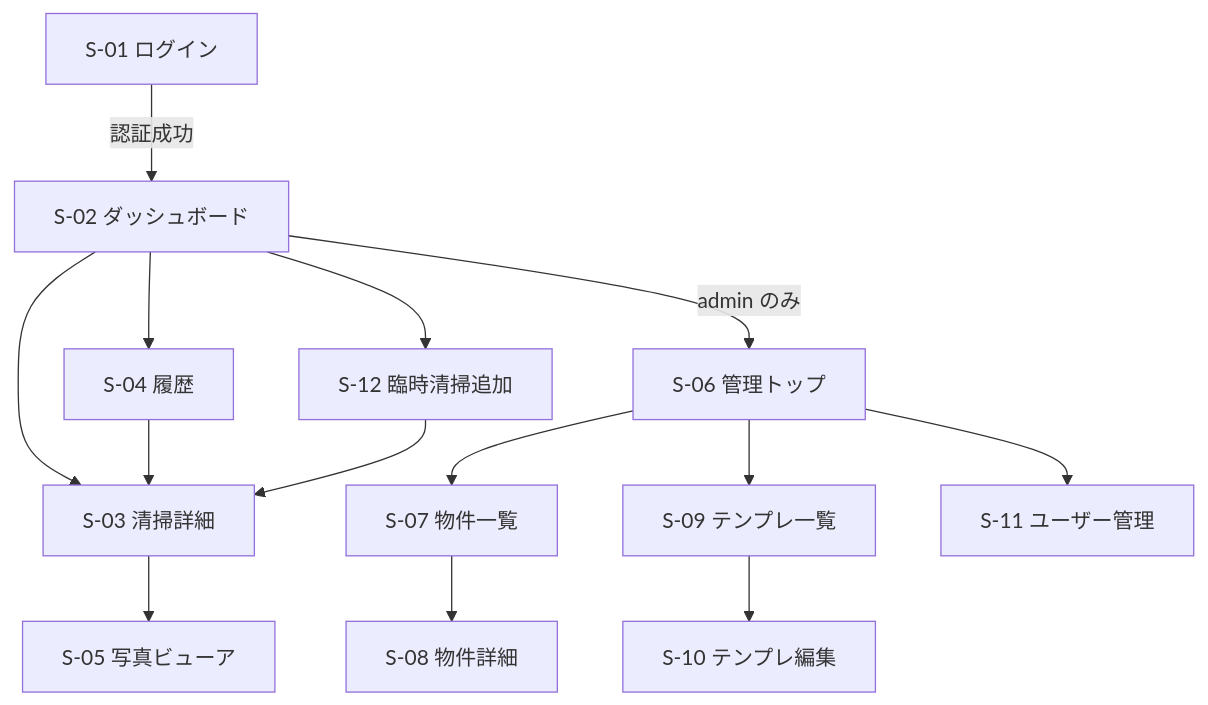
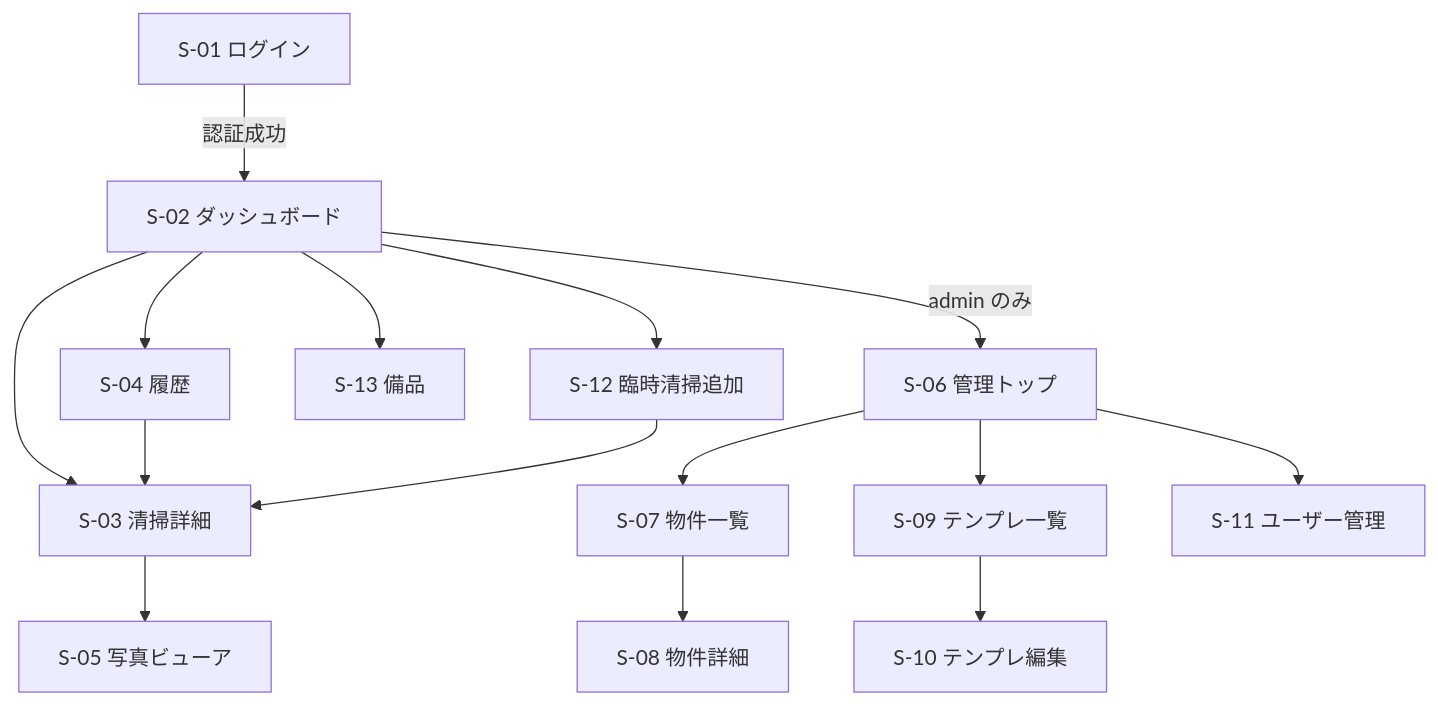
Before and after one commit to kodan1231/cleaning_schedule: the diagram in docs/02_基本設計書.md, drawn with Mermaid. The commit also changed other lines of this file and 10 other files, not shown here.

````diff
--- a/docs/02_基本設計書.md
+++ b/docs/02_基本設計書.md
@@ -122,16 +123,17 @@
 ```mermaid
 flowchart TD
   L[S-01 ログイン] -->|認証成功| D[S-02 ダッシュボード]
   D --> C[S-03 清掃詳細]
   D --> H[S-04 履歴]
   D --> N[S-12 臨時清掃追加]
+  D --> SP[S-13 備品]
   H --> C
   C --> P[S-05 写真ビューア]
   N --> C
   D -->|admin のみ| A[S-06 管理トップ]
   A --> PR[S-07 物件一覧]
   PR --> PRD[S-08 物件詳細]
   A --> T[S-09 テンプレ一覧]
   T --> TE[S-10 テンプレ編集]
   A --> U[S-11 ユーザー管理]
 ```
````
